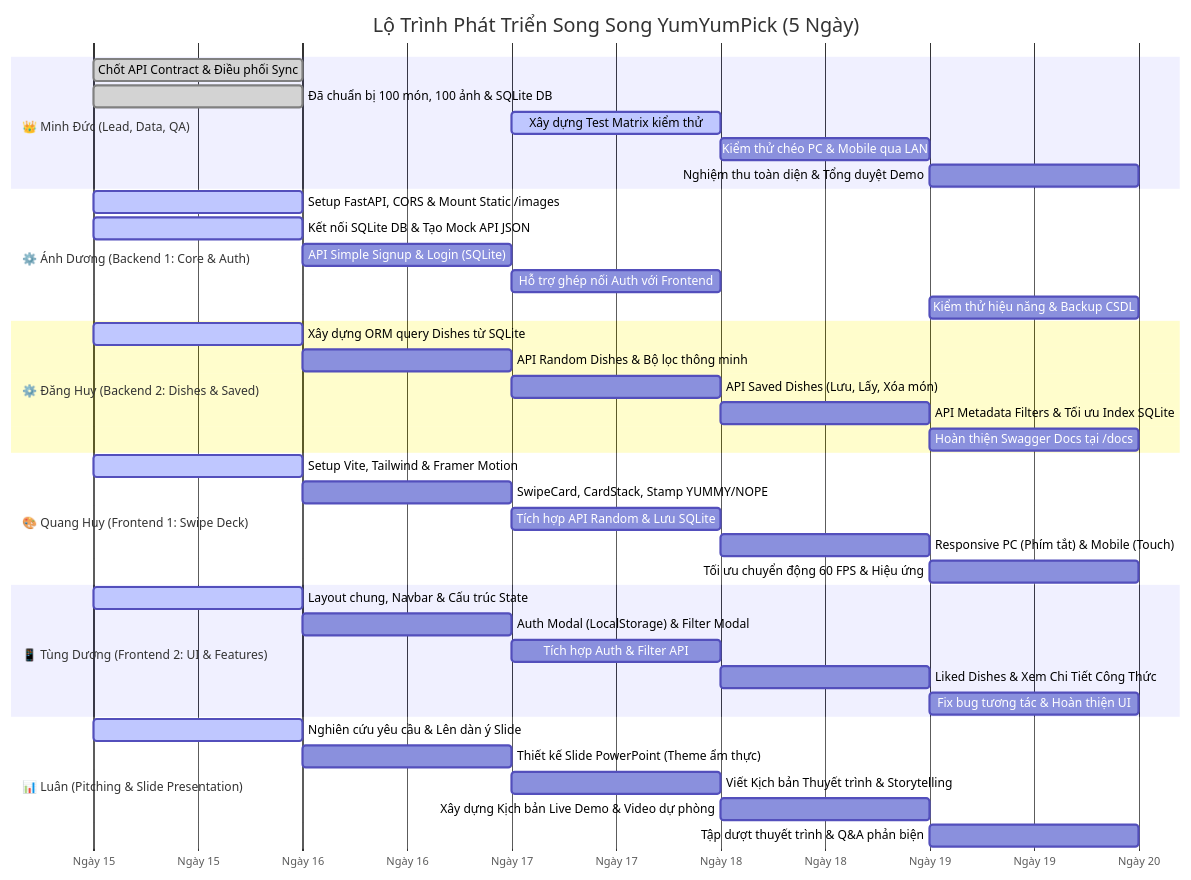
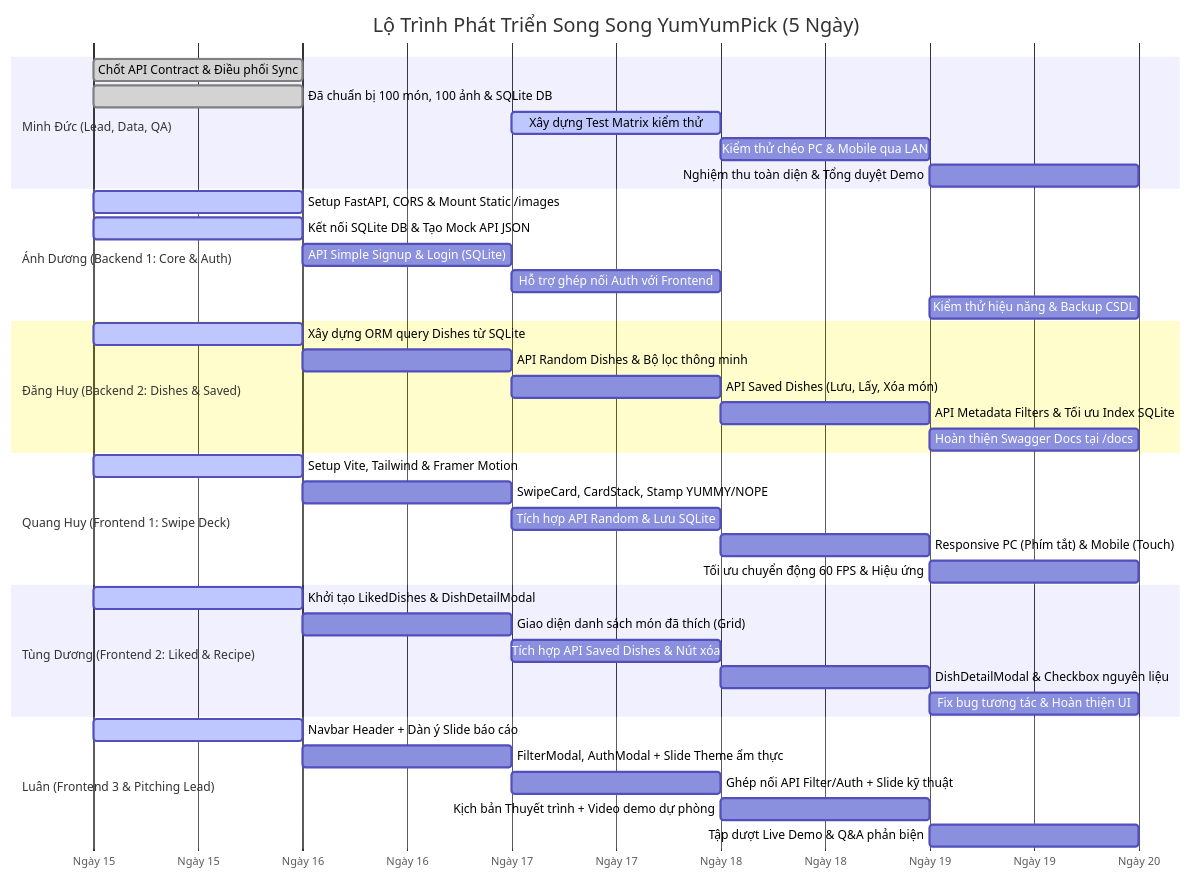
The diagram in docs/06_SPRINT_ROADMAP_AND_TODO_PER_ROLE.md (snowwminhduc1212/YumYumPick), drawn with Mermaid before and after one commit. The commit also changed other lines of this file and 11 other files, not shown here.

````diff
--- a/docs/06_SPRINT_ROADMAP_AND_TODO_PER_ROLE.md
+++ b/docs/06_SPRINT_ROADMAP_AND_TODO_PER_ROLE.md
@@ -9,48 +9,48 @@
 ```mermaid
 gantt
     title Lộ Trình Phát Triển Song Song YumYumPick (5 Ngày)
     dateFormat  YYYY-MM-DD
     axisFormat  Ngày %d
     
-    section 👑 Minh Đức (Lead, Data, QA)
+    section Minh Đức (Lead, Data, QA)
     Chốt API Contract & Điều phối Sync        :done, md_1, 2026-09-15, 1d
     Đã chuẩn bị 100 món, 100 ảnh & SQLite DB  :done, md_2, 2026-09-15, 1d
     Xây dựng Test Matrix kiểm thử             :active, md_3, 2026-09-17, 1d
     Kiểm thử chéo PC & Mobile qua LAN         :md_4, 2026-09-18, 1d
     Nghiệm thu toàn diện & Tổng duyệt Demo    :md_5, 2026-09-19, 1d
 
-    section ⚙️ Ánh Dương (Backend 1: Core & Auth)
+    section Ánh Dương (Backend 1: Core & Auth)
     Setup FastAPI, CORS & Mount Static /images:active, ad_1, 2026-09-15, 1d
     Kết nối SQLite DB & Tạo Mock API JSON     :active, ad_2, 2026-09-15, 1d
     API Simple Signup & Login (SQLite)        :ad_3, 2026-09-16, 1d
     Hỗ trợ ghép nối Auth với Frontend         :ad_4, 2026-09-17, 1d
     Kiểm thử hiệu năng & Backup CSDL          :ad_5, 2026-09-19, 1d
 
-    section ⚙️ Đăng Huy (Backend 2: Dishes & Saved)
+    section Đăng Huy (Backend 2: Dishes & Saved)
     Xây dựng ORM query Dishes từ SQLite       :active, dh_1, 2026-09-15, 1d
     API Random Dishes & Bộ lọc thông minh     :dh_2, 2026-09-16, 1d
     API Saved Dishes (Lưu, Lấy, Xóa món)      :dh_3, 2026-09-17, 1d
     API Metadata Filters & Tối ưu Index SQLite:dh_4, 2026-09-18, 1d
     Hoàn thiện Swagger Docs tại /docs         :dh_5, 2026-09-19, 1d
 
-    section 🎨 Quang Huy (Frontend 1: Swipe Deck)
+    section Quang Huy (Frontend 1: Swipe Deck)
     Setup Vite, Tailwind & Framer Motion      :active, qh_1, 2026-09-15, 1d
     SwipeCard, CardStack, Stamp YUMMY/NOPE    :qh_2, 2026-09-16, 1d
     Tích hợp API Random & Lưu SQLite          :qh_3, 2026-09-17, 1d
     Responsive PC (Phím tắt) & Mobile (Touch) :qh_4, 2026-09-18, 1d
     Tối ưu chuyển động 60 FPS & Hiệu ứng      :qh_5, 2026-09-19, 1d
 
-    section 📱 Tùng Dương (Frontend 2: UI & Features)
-    Layout chung, Navbar & Cấu trúc State     :active, td_1, 2026-09-15, 1d
-    Auth Modal (LocalStorage) & Filter Modal  :td_2, 2026-09-16, 1d
-    Tích hợp Auth & Filter API                :td_3, 2026-09-17, 1d
-    Liked Dishes & Xem Chi Tiết Công Thức     :td_4, 2026-09-18, 1d
+    section Tùng Dương (Frontend 2: Liked & Recipe)
+    Khởi tạo LikedDishes & DishDetailModal    :active, td_1, 2026-09-15, 1d
+    Giao diện danh sách món đã thích (Grid)   :td_2, 2026-09-16, 1d
+    Tích hợp API Saved Dishes & Nút xóa       :td_3, 2026-09-17, 1d
+    DishDetailModal & Checkbox nguyên liệu    :td_4, 2026-09-18, 1d
     Fix bug tương tác & Hoàn thiện UI         :td_5, 2026-09-19, 1d
 
-    section 📊 Luân (Pitching & Slide Presentation)
-    Nghiên cứu yêu cầu & Lên dàn ý Slide      :active, l_1, 2026-09-15, 1d
-    Thiết kế Slide PowerPoint (Theme ẩm thực) :l_2, 2026-09-16, 1d
-    Viết Kịch bản Thuyết trình & Storytelling :l_3, 2026-09-17, 1d
-    Xây dựng Kịch bản Live Demo & Video dự phòng:l_4, 2026-09-18, 1d
-    Tập dượt thuyết trình & Q&A phản biện     :l_5, 2026-09-19, 1d
+    section Luân (Frontend 3 & Pitching Lead)
+    Navbar Header + Dàn ý Slide báo cáo       :active, l_1, 2026-09-15, 1d
+    FilterModal, AuthModal + Slide Theme ẩm thực:l_2, 2026-09-16, 1d
+    Ghép nối API Filter/Auth + Slide kỹ thuật :l_3, 2026-09-17, 1d
+    Kịch bản Thuyết trình + Video demo dự phòng:l_4, 2026-09-18, 1d
+    Tập dượt Live Demo & Q&A phản biện        :l_5, 2026-09-19, 1d
 ```
````
